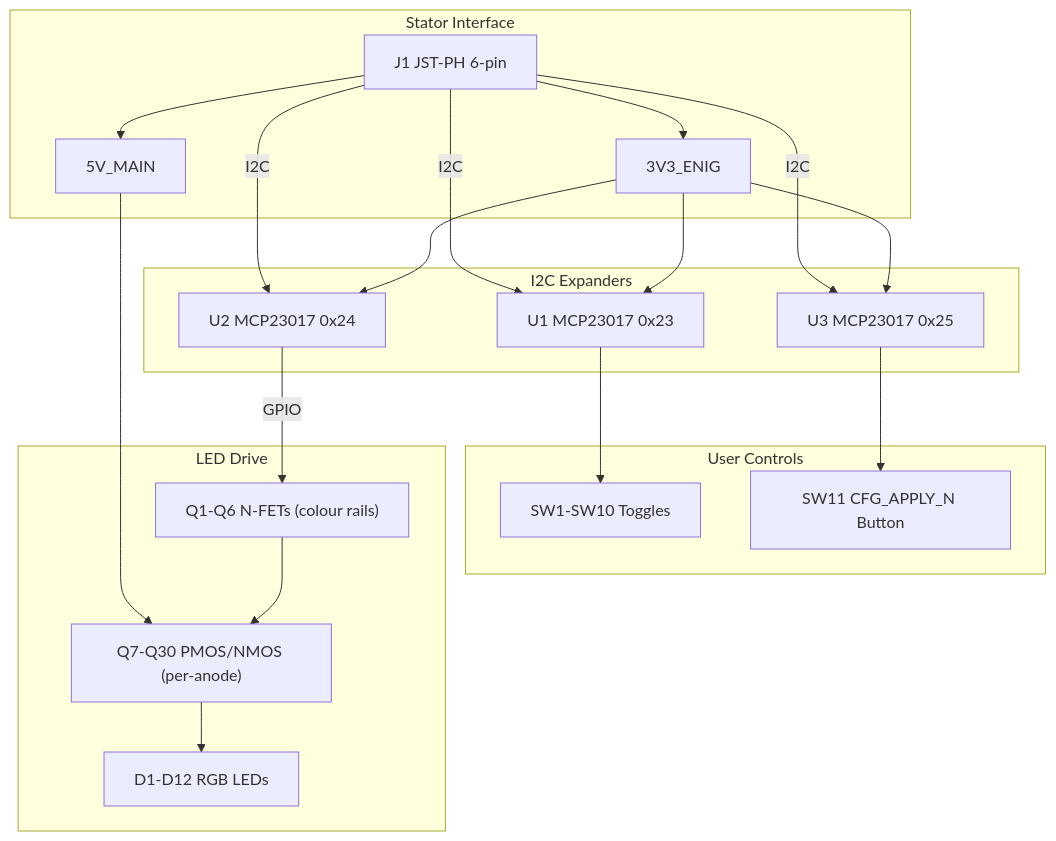
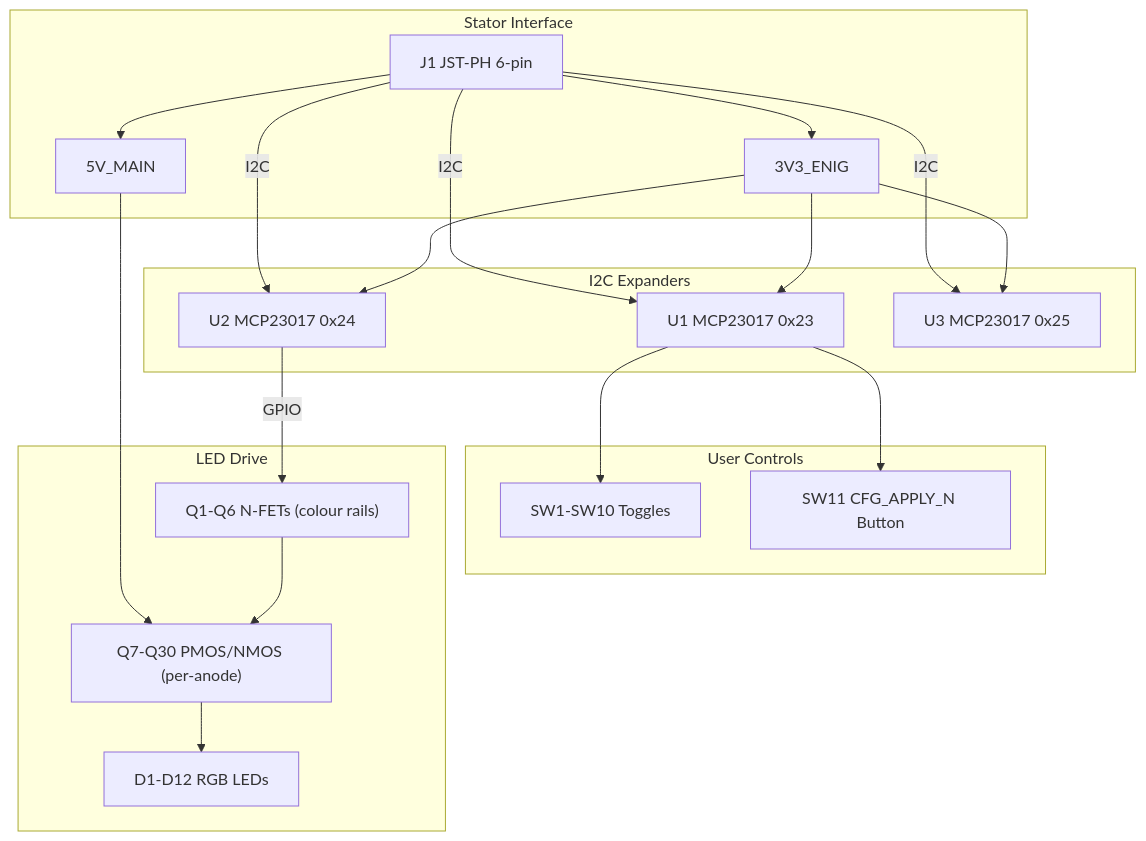
The diagram in design/Electronics/User_Settings_Module/Design_Spec.md (thepinkmile/Enigma-2026-AI), drawn with Mermaid before and after one commit. The commit also changed other lines of this file and 26 other files, not shown here.

````diff
--- a/design/Electronics/User_Settings_Module/Design_Spec.md
+++ b/design/Electronics/User_Settings_Module/Design_Spec.md
@@ -67,40 +67,40 @@
 ```mermaid
 flowchart TD
   subgraph stator["Stator Interface"]
     J1["J1 JST-PH 6-pin"]
     r3v3["3V3_ENIG"]
     r5v["5V_MAIN"]
   end
 
   subgraph expanders["I2C Expanders"]
     U1["U1 MCP23017 0x23"]
     U2["U2 MCP23017 0x24"]
     U3["U3 MCP23017 0x25"]
   end
 
   subgraph controls["User Controls"]
     SW1_10["SW1-SW10 Toggles"]
     SW11["SW11 CFG_APPLY_N Button"]
   end
 
   subgraph led_drive["LED Drive"]
     Q1_6["Q1-Q6 N-FETs (colour rails)"]
     Q7_30["Q7-Q30 PMOS/NMOS (per-anode)"]
     D1_12["D1-D12 RGB LEDs"]
   end
 
   J1 -- "I2C" --> U1
   J1 -- "I2C" --> U2
   J1 -- "I2C" --> U3
   J1 --> r3v3
   J1 --> r5v
   r3v3 --> U1
   r3v3 --> U2
   r3v3 --> U3
   r5v --> Q7_30
   U1 --> SW1_10
-  U3 --> SW11
+  U1 --> SW11
   U2 -- "GPIO" --> Q1_6
   Q1_6 --> Q7_30
   Q7_30 --> D1_12
 ```
````
